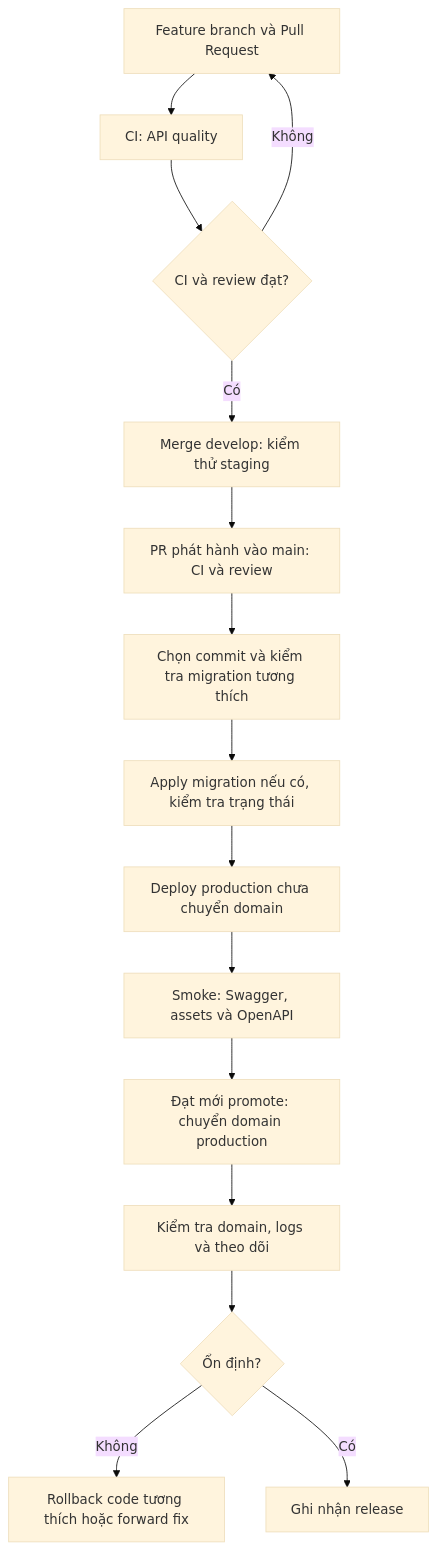
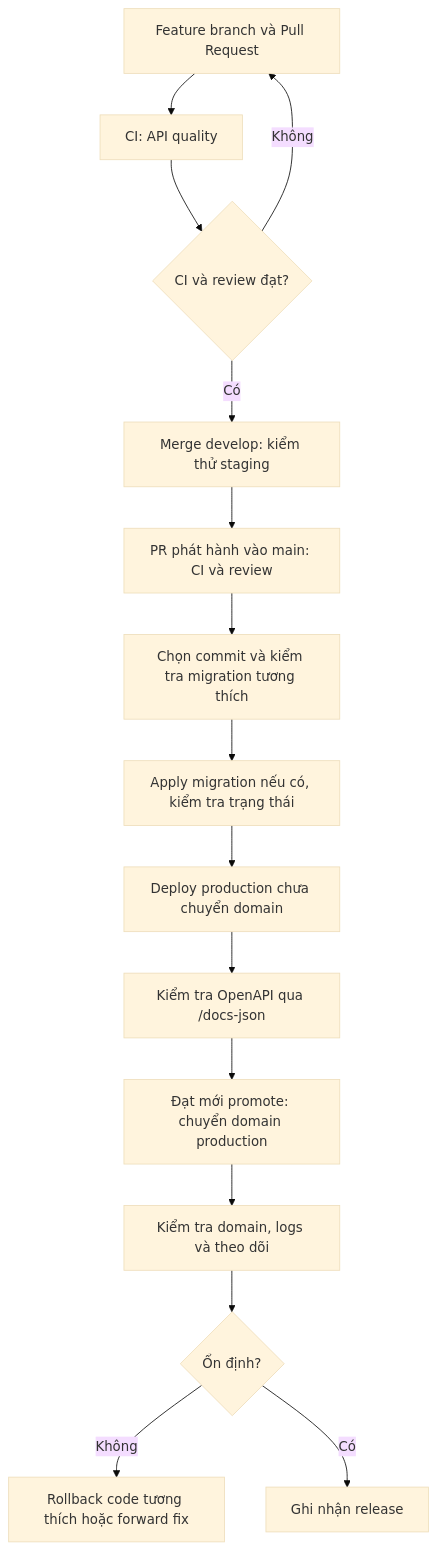
One commit to PhuongT1/debtflow-api changed the diagram in docs/deployment/index.md. Above: the diagram before and after it, drawn with Mermaid (base theme). The commit also changed other lines of this file and 22 other files, not shown here.

````diff
--- a/docs/deployment/index.md
+++ b/docs/deployment/index.md
@@ -37,17 +37,17 @@
 ```mermaid
 flowchart TD
   A[Feature branch và Pull Request] --> B[CI: API quality]
   B --> C{CI và review đạt?}
   C -- Không --> A
   C -- Có --> D[Merge develop: kiểm thử staging]
   D --> E[PR phát hành vào main: CI và review]
   E --> F[Chọn commit và kiểm tra migration tương thích]
   F --> G[Apply migration nếu có, kiểm tra trạng thái]
   G --> H[Deploy production chưa chuyển domain]
-  H --> S[Smoke: Swagger, assets và OpenAPI]
+  H --> S[Kiểm tra OpenAPI qua /docs-json]
   S --> P[Đạt mới promote: chuyển domain production]
   P --> I[Kiểm tra domain, logs và theo dõi]
   I --> J{Ổn định?}
   J -- Không --> K[Rollback code tương thích hoặc forward fix]
   J -- Có --> L[Ghi nhận release]
 ```
````
